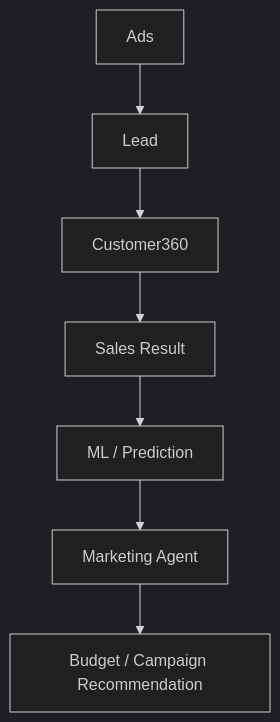
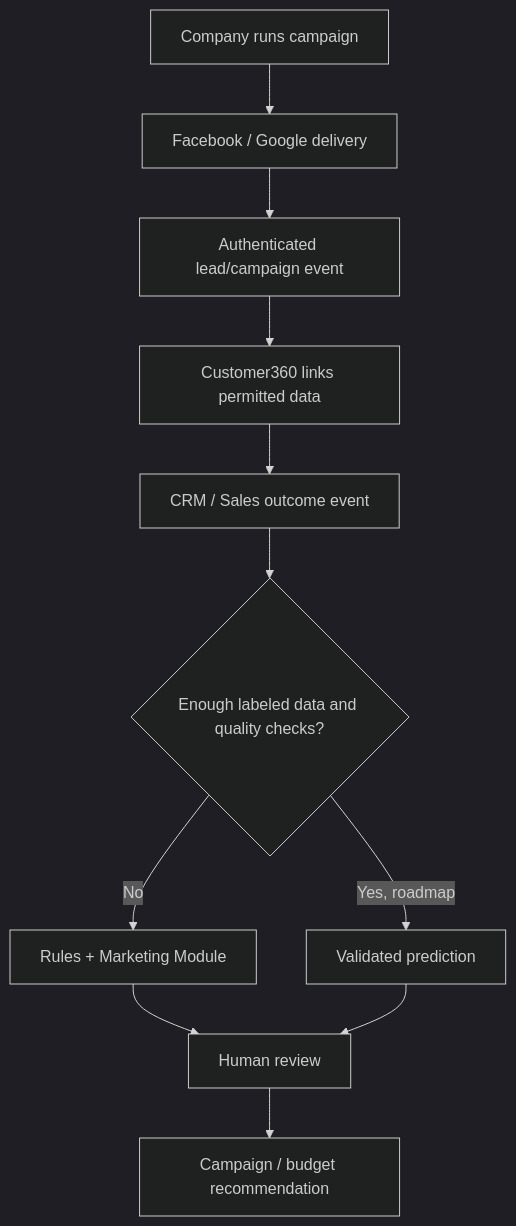
One commit to phongka79d/agent_solution changed the second of 2 diagrams in plans/delivery/mvp-and-roadmap.md. Above: the diagram before and after it, drawn with Mermaid (dark theme). The commit also changed other lines of this file and 15 other files, not shown here.

First line of the commit message:
Enhance documentation across multiple modules with detailed sales flow, glossary, and API integration updates

````diff
--- a/plans/delivery/mvp-and-roadmap.md
+++ b/plans/delivery/mvp-and-roadmap.md
@@ -102,8 +121,13 @@
 ```mermaid
 flowchart TD
-    Ads --> Lead --> C360["Customer360"]
-    C360 --> Results["Sales Result"]
-    Results --> ML["ML / Prediction"]
-    ML --> Marketing["Marketing Agent"]
-    Marketing --> Recommendation["Budget / Campaign Recommendation"]
+    Company["Company runs campaign"] --> Ads["Facebook / Google delivery"]
+    Ads --> LeadEvent["Authenticated lead/campaign event"]
+    LeadEvent --> C360["Customer360 links permitted data"]
+    C360 --> Results["CRM / Sales outcome event"]
+    Results --> Gate{"Enough labeled data and quality checks?"}
+    Gate -->|No| Rules["Rules + Marketing Module"]
+    Gate -->|Yes, roadmap| ML["Validated prediction"]
+    Rules --> Review["Human review"]
+    ML --> Review
+    Review --> Recommendation["Campaign / budget recommendation"]
 ```
````
